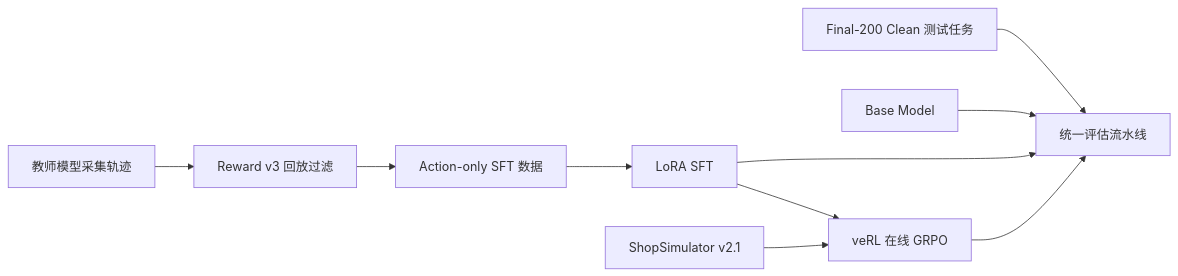
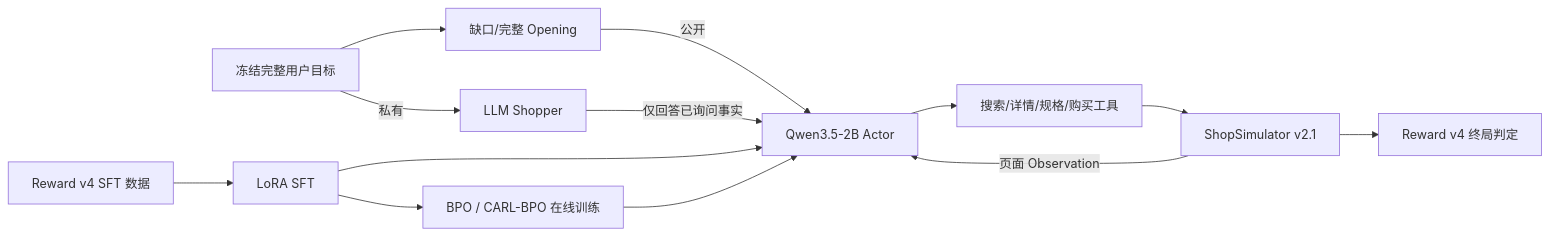
Before and after one commit to modeyou/shopping-grpo-longhorizon: the diagram in README.md, drawn with Mermaid. The commit also changed other lines of this file and 24 other files, not shown here.

````diff
--- a/README.md
+++ b/README.md
@@ -52,12 +56,16 @@
 ```mermaid
 flowchart LR
-    A[教师模型采集轨迹] --> B[Reward v3 回放过滤]
-    B --> C[Action-only SFT 数据]
-    C --> D[LoRA SFT]
-    D --> E[veRL 在线 GRPO]
-    F[ShopSimulator v2.1] --> E
-    G[Final-200 Clean 测试任务] --> H[统一评估流水线]
-    I[Base Model] --> H
-    D --> H
-    E --> H
+    A[冻结完整用户目标] -->|私有| S[LLM Shopper]
+    A --> O[缺口/完整 Opening]
+    O -->|公开| M[Qwen3.5-2B Actor]
+    S -->|仅回答已询问事实| M
+    M --> T[搜索/详情/规格/购买工具]
+    T --> E[ShopSimulator v2.1]
+    E -->|页面 Observation| M
+    E --> R[Reward v4 终局判定]
+
+    D[Reward v4 SFT 数据] --> F[LoRA SFT]
+    F --> M
+    F --> B[BPO / CARL-BPO 在线训练]
+    B --> M
 ```
````
